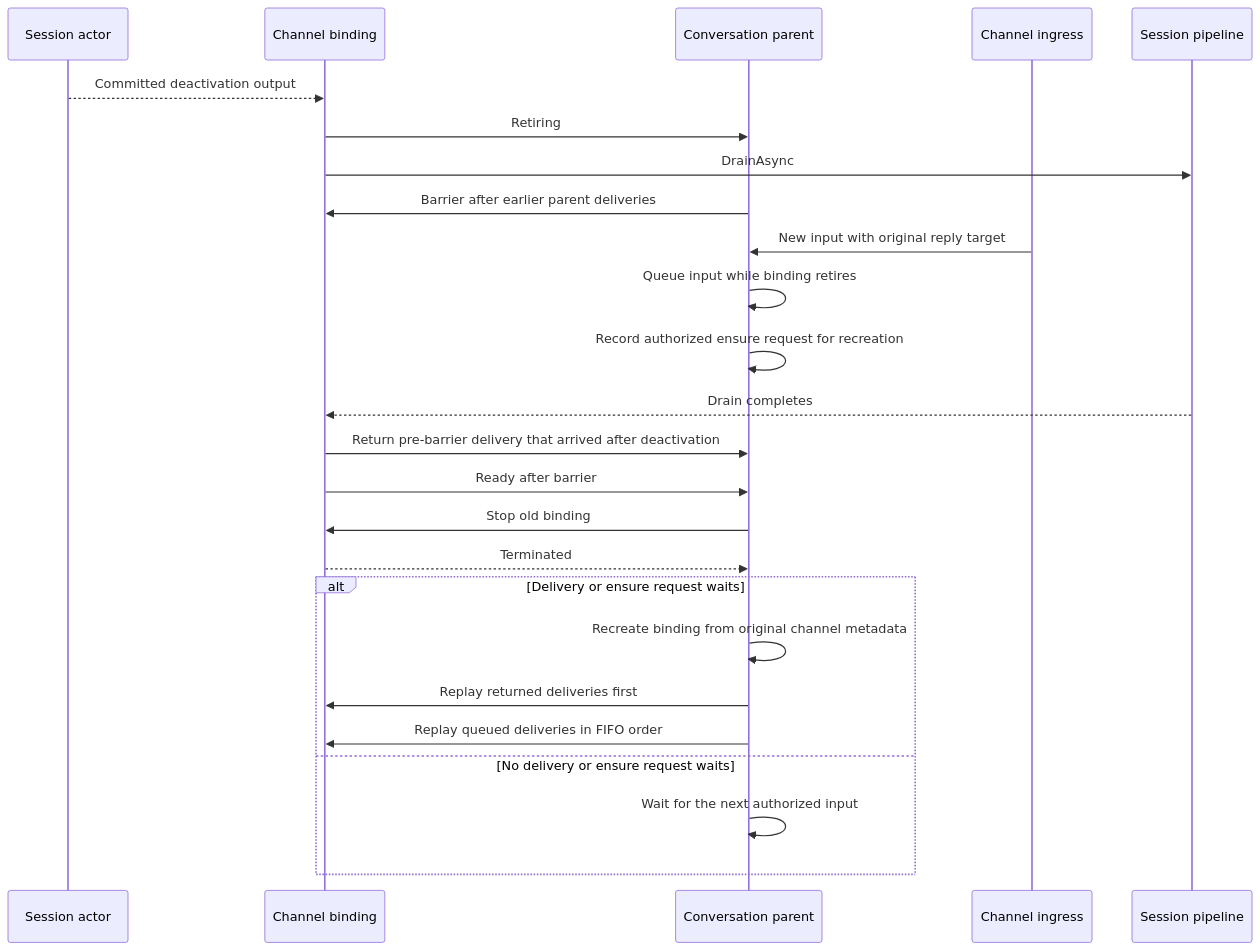
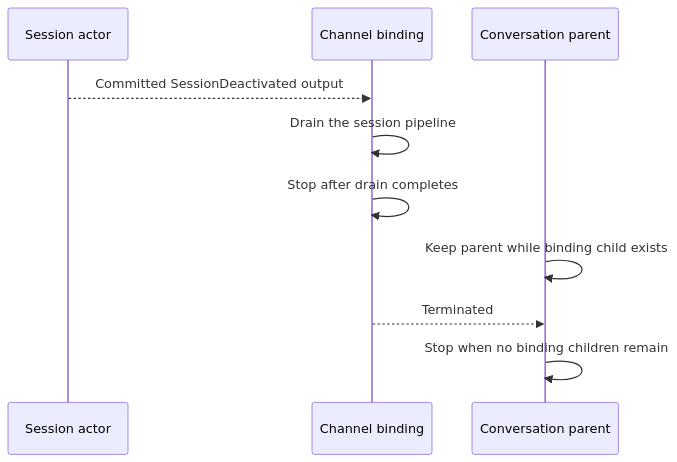
Before and after one commit to Aaronontheweb/netclaw: the diagram in openspec/changes/coordinate-session-binding-lifetime/design.md, drawn with Mermaid. The commit also changed other lines of this file and 17 other files, not shown here.

````diff
--- a/openspec/changes/coordinate-session-binding-lifetime/design.md
+++ b/openspec/changes/coordinate-session-binding-lifetime/design.md
@@ -44,27 +37,12 @@
 ```mermaid
 sequenceDiagram
     participant S as Session actor
     participant B as Channel binding
     participant P as Conversation parent
-    participant I as Channel ingress
-    participant Q as Session pipeline
-    S-->>B: Committed deactivation output
-    B->>P: Retiring
-    B->>Q: DrainAsync
-    P->>B: Barrier after earlier parent deliveries
-    I->>P: New input with original reply target
-    P->>P: Queue input while binding retires
-    P->>P: Record authorized ensure request for recreation
-    Q-->>B: Drain completes
-    B->>P: Return pre-barrier delivery that arrived after deactivation
-    B->>P: Ready after barrier
-    P->>B: Stop old binding
+    S-->>B: Committed SessionDeactivated output
+    B->>B: Drain the session pipeline
+    B->>B: Stop after drain completes
+    P->>P: Keep parent while binding child exists
     B-->>P: Terminated
-    alt Delivery or ensure request waits
-        P->>P: Recreate binding from original channel metadata
-        P->>B: Replay returned deliveries first
-        P->>B: Replay queued deliveries in FIFO order
-    else No delivery or ensure request waits
-        P->>P: Wait for the next authorized input
-    end
+    P->>P: Stop when no binding children remain
 ```
````
